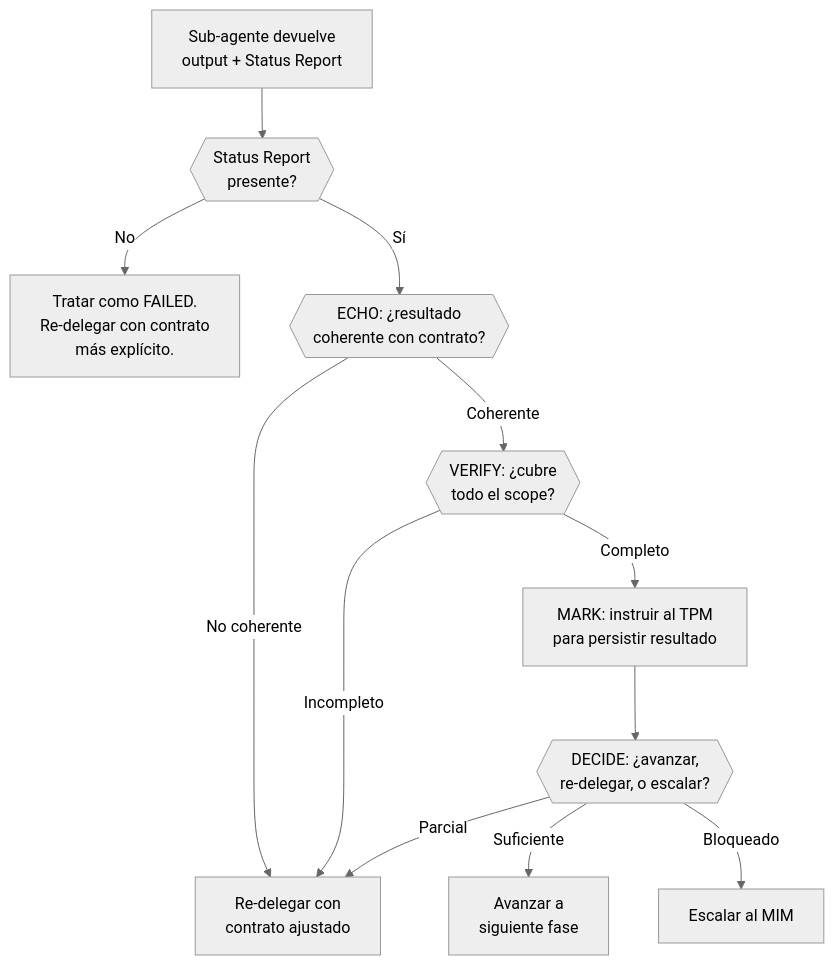
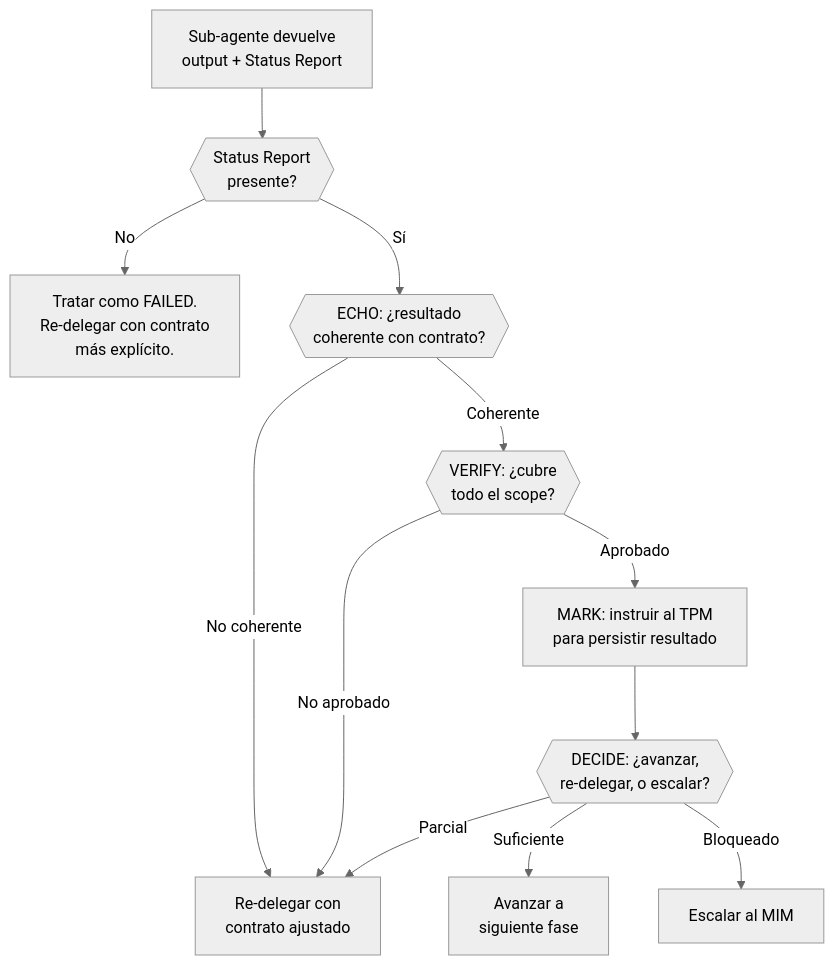
One commit to virgenherrera/idea-to-mvp changed diagram 11 of 13 in docs/behavior-scrum-master-routing.md. Above: the diagram before and after it, drawn with Mermaid (neutral theme). The commit also changed other lines of this file and 4 other files, not shown here.

````diff
--- a/docs/behavior-scrum-master-routing.md
+++ b/docs/behavior-scrum-master-routing.md
@@ -896,25 +914,25 @@
 ```mermaid
 flowchart TD
     OUTPUT["Sub-agente devuelve\noutput + Status Report"]
     STATUS{{"Status Report\npresente?"}}
     NO_STATUS["Tratar como FAILED.\nRe-delegar con contrato\nmás explícito."]
     ECHO{{"ECHO: ¿resultado\ncoherente con contrato?"}}
     VERIFY{{"VERIFY: ¿cubre\ntodo el scope?"}}
     MARK["MARK: instruir al TPM\npara persistir resultado"]
     DECIDE{{"DECIDE: ¿avanzar,\nre-delegar, o escalar?"}}
     ADVANCE["Avanzar a\nsiguiente fase"]
     REDELEGATE["Re-delegar con\ncontrato ajustado"]
     ESCALATE["Escalar al MIM"]
 
     OUTPUT --> STATUS
     STATUS -->|No| NO_STATUS
     STATUS -->|Sí| ECHO
     ECHO -->|No coherente| REDELEGATE
     ECHO -->|Coherente| VERIFY
-    VERIFY -->|Incompleto| REDELEGATE
-    VERIFY -->|Completo| MARK
+    VERIFY -->|No aprobado| REDELEGATE
+    VERIFY -->|Aprobado| MARK
     MARK --> DECIDE
     DECIDE -->|Suficiente| ADVANCE
     DECIDE -->|Parcial| REDELEGATE
     DECIDE -->|Bloqueado| ESCALATE
 ```
````
